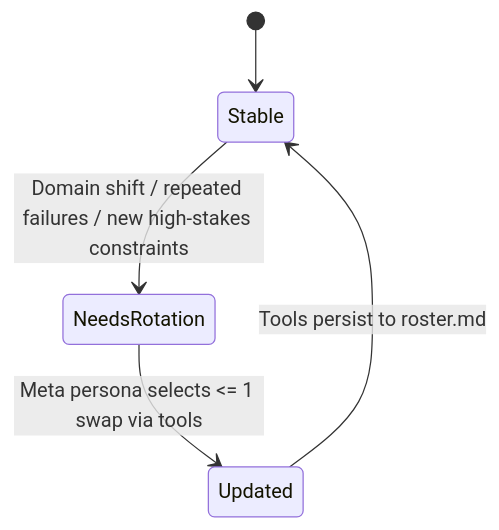
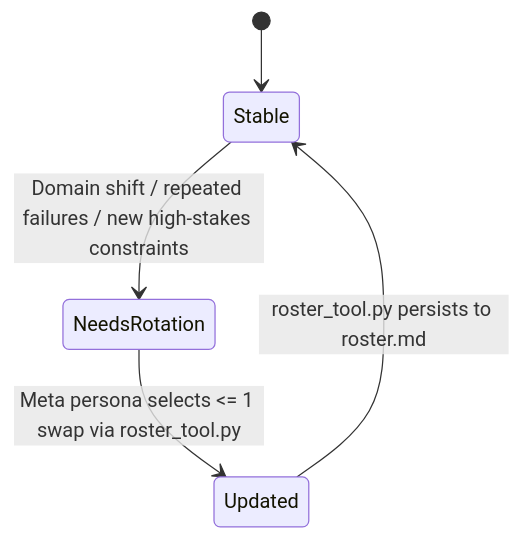
One commit to zenchantlive/Asset-Hatch changed the second of 2 diagrams in .openhands/microagents/persistent-multiperspective-roster-protocol.md. Above: the diagram before and after it, drawn with Mermaid. The commit also changed other lines of this file, not shown here.

First line of the commit message:
Refactor roster protocol to use self-managed Python utility

````diff
--- a/.openhands/microagents/persistent-multiperspective-roster-protocol.md
+++ b/.openhands/microagents/persistent-multiperspective-roster-protocol.md
@@ -257,7 +255,7 @@
 ```mermaid
 stateDiagram-v2
   [*] --> Stable
   Stable --> NeedsRotation: Domain shift / repeated failures / new high-stakes constraints
-  NeedsRotation --> Updated: Meta persona selects <= 1 swap via tools
-  Updated --> Stable: Tools persist to roster.md
+  NeedsRotation --> Updated: Meta persona selects <= 1 swap via roster_tool.py
+  Updated --> Stable: roster_tool.py persists to roster.md
 ```
````
